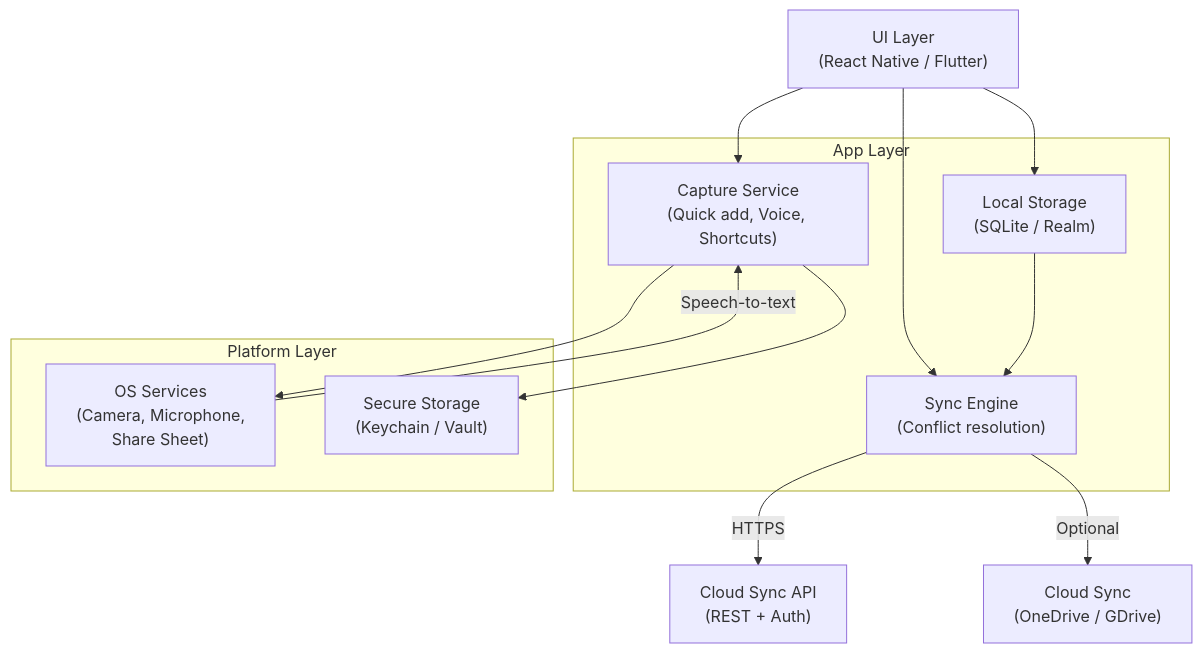
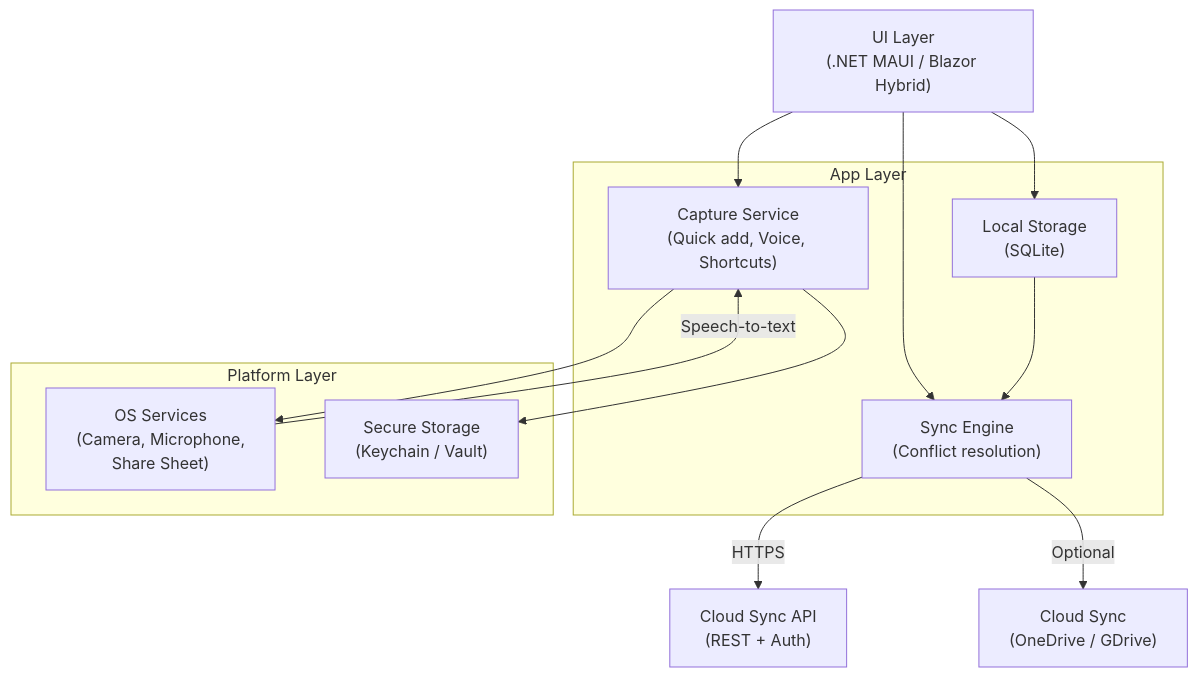
The fourth of 6 diagrams in .arc42/05-building-block-view.md (JSdotNet/Backlog), drawn with Mermaid before and after one commit. The commit also changed other lines of this file and 2 other files, not shown here.

Commit message:
Prefer .NET mobile stack in arc42 docs
Shift the mobile-channel recommendations toward C#/.NET by preferring .NET MAUI and Blazor-based options, and align related building-block and risk references.

````diff
--- a/.arc42/05-building-block-view.md
+++ b/.arc42/05-building-block-view.md
@@ -238,28 +238,28 @@
 ```mermaid
 graph TB
-  UI["UI Layer\n(React Native / Flutter)"]
+  UI["UI Layer\n(.NET MAUI / Blazor Hybrid)"]
 
   subgraph "App Layer"
     Capture["Capture Service\n(Quick add, Voice, Shortcuts)"]
-    Storage["Local Storage\n(SQLite / Realm)"]
+    Storage["Local Storage\n(SQLite)"]
     Sync["Sync Engine\n(Conflict resolution)"]
   end
 
   subgraph "Platform Layer"
     OS["OS Services\n(Camera, Microphone,\nShare Sheet)"]
     Creds["Secure Storage\n(Keychain / Vault)"]
   end
 
   Cloud["Cloud Sync\n(OneDrive / GDrive)"]
   API["Cloud Sync API\n(REST + Auth)"]
 
   UI --> Capture
   UI --> Storage
   UI --> Sync
   Capture --> OS
   Capture --> Creds
   Storage --> Sync
   Sync -->|HTTPS| API
   Sync -->|Optional| Cloud
   OS -->|Speech-to-text| Capture
 ```
````
